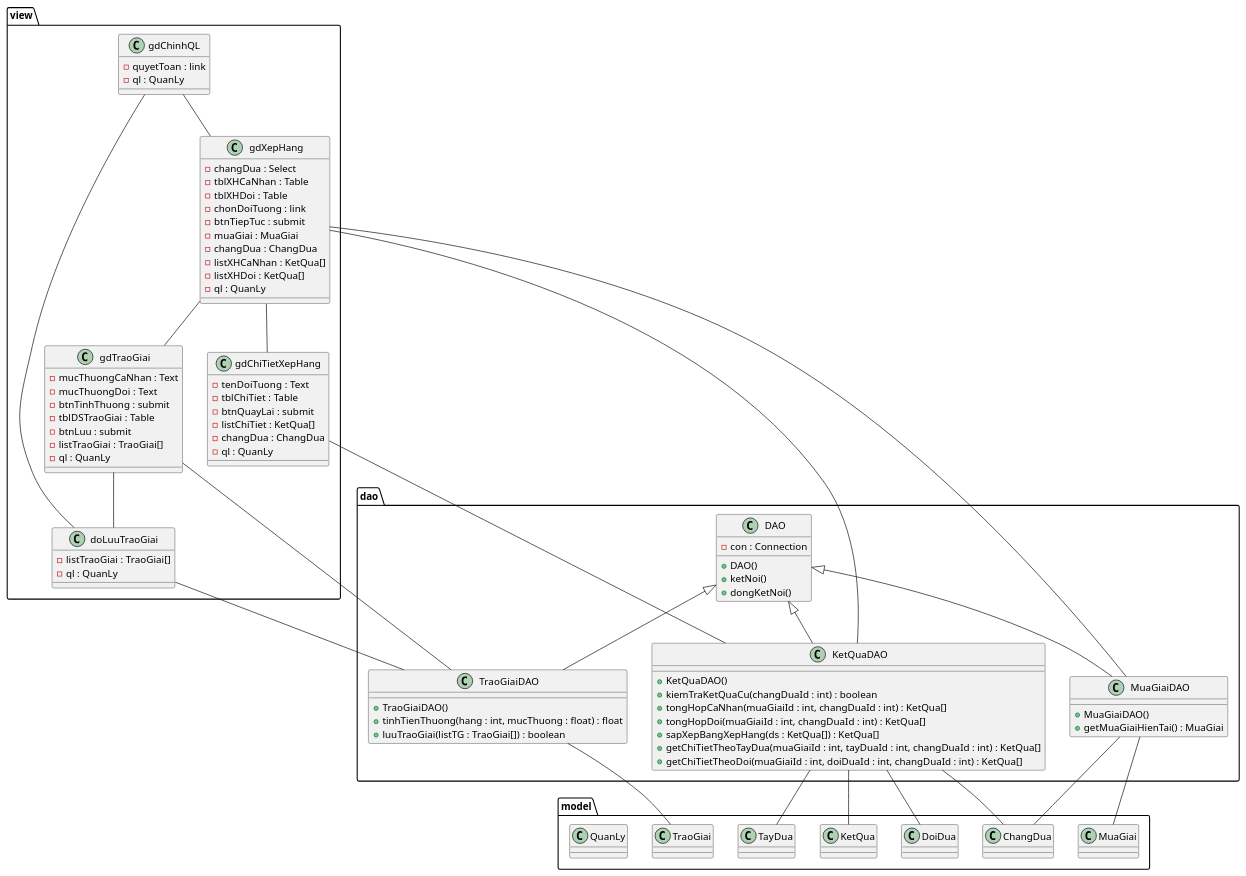
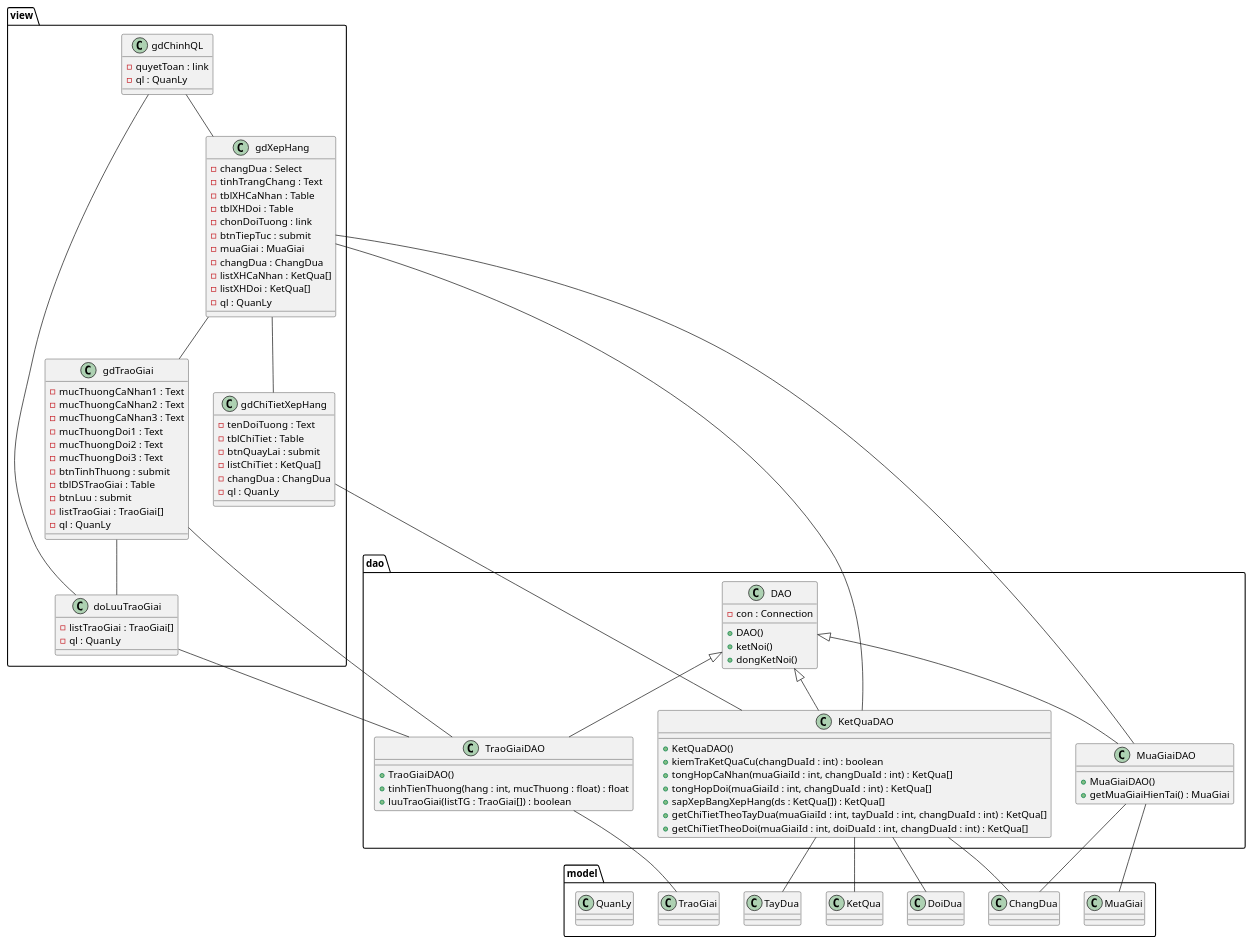
Before and after one commit to 7gho/CNPM-He2026: the fourth of 6 diagrams in Module 4 - Thanh/noi-dung.md, drawn with PlantUML. The commit also changed other lines of this file and 23 other files, not shown here.

```diff
--- a/Module 4 - Thanh/noi-dung.md
+++ b/Module 4 - Thanh/noi-dung.md
@@ -367,6 +407,7 @@
   }
   class gdXepHang {
     -changDua : Select
+    -tinhTrangChang : Text
     -tblXHCaNhan : Table
     -tblXHDoi : Table
     -chonDoiTuong : link
@@ -386,8 +427,12 @@
     -ql : QuanLy
   }
   class gdTraoGiai {
-    -mucThuongCaNhan : Text
-    -mucThuongDoi : Text
+    -mucThuongCaNhan1 : Text
+    -mucThuongCaNhan2 : Text
+    -mucThuongCaNhan3 : Text
+    -mucThuongDoi1 : Text
+    -mucThuongDoi2 : Text
+    -mucThuongDoi3 : Text
     -btnTinhThuong : submit
     -tblDSTraoGiai : Table
     -btnLuu : submit
```
